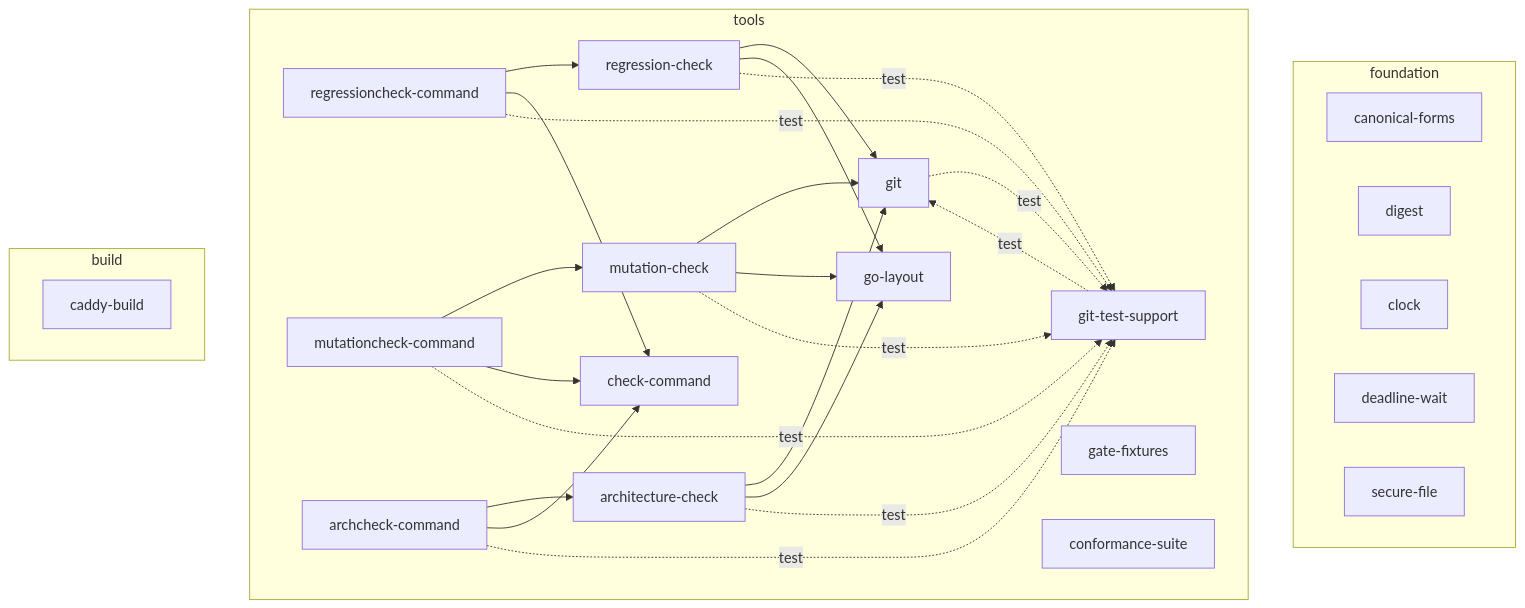
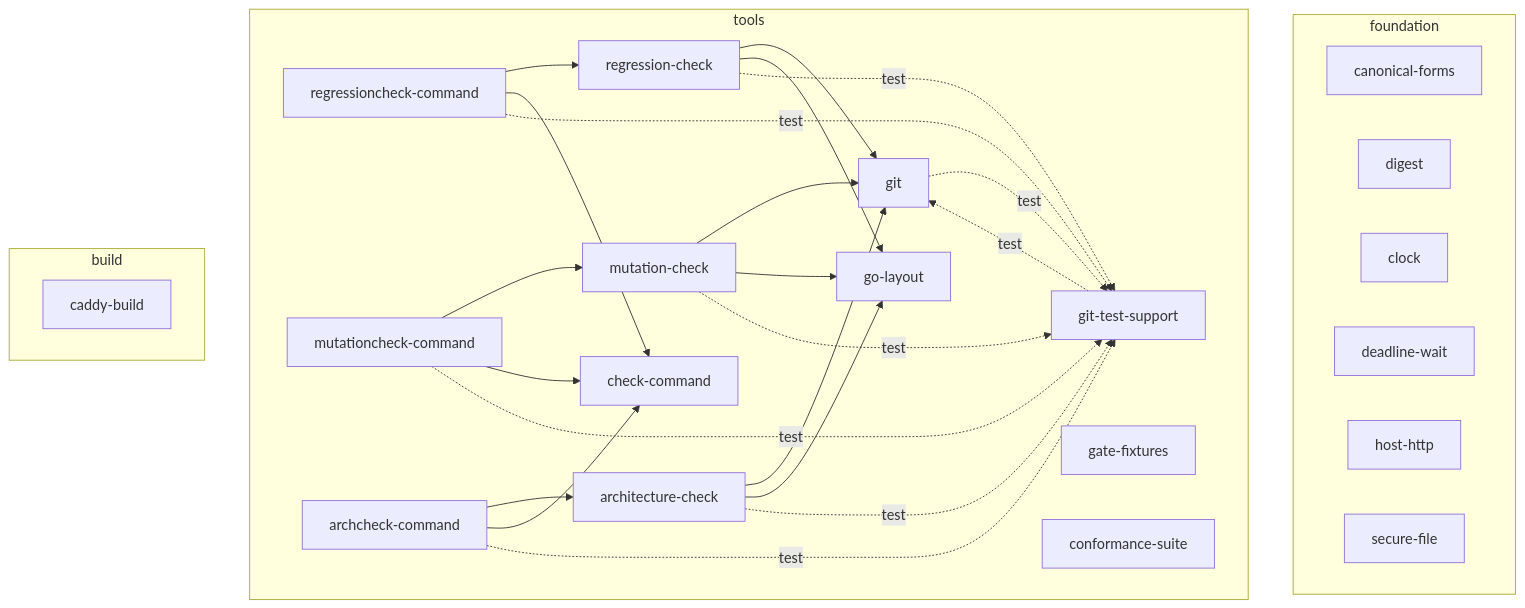
The diagram in docs/architecture/go-architecture.md (OpenRAE/lilrae), drawn with Mermaid before and after one commit. The commit also changed 15 other files, not shown here.

Commit message:
feat(go): add bounded host HTTP client

````diff
--- a/docs/architecture/go-architecture.md
+++ b/docs/architecture/go-architecture.md
@@ -17,47 +17,48 @@
 ```mermaid
 flowchart TB
     subgraph layer_foundation[foundation]
         component_canonical_forms[canonical-forms]
         component_digest[digest]
         component_clock[clock]
         component_deadline_wait[deadline-wait]
+        component_host_http[host-http]
         component_secure_file[secure-file]
     end
     subgraph layer_tools[tools]
         component_regressioncheck_command[regressioncheck-command]
         component_mutationcheck_command[mutationcheck-command]
         component_archcheck_command[archcheck-command]
         component_regression_check[regression-check]
         component_mutation_check[mutation-check]
         component_architecture_check[architecture-check]
         component_check_command[check-command]
         component_go_layout[go-layout]
         component_git[git]
         component_git_test_support[git-test-support]
         component_gate_fixtures[gate-fixtures]
         component_conformance_suite[conformance-suite]
     end
     subgraph layer_build[build]
         component_caddy_build[caddy-build]
     end
     component_regressioncheck_command --> component_regression_check
     component_regressioncheck_command --> component_check_command
     component_regressioncheck_command -. test .-> component_git_test_support
     component_mutationcheck_command --> component_mutation_check
     component_mutationcheck_command --> component_check_command
     component_mutationcheck_command -. test .-> component_git_test_support
     component_archcheck_command --> component_architecture_check
     component_archcheck_command --> component_check_command
     component_archcheck_command -. test .-> component_git_test_support
     component_regression_check --> component_git
     component_regression_check --> component_go_layout
     component_regression_check -. test .-> component_git_test_support
     component_mutation_check --> component_git
     component_mutation_check --> component_go_layout
     component_mutation_check -. test .-> component_git_test_support
     component_architecture_check --> component_git
     component_architecture_check --> component_go_layout
     component_architecture_check -. test .-> component_git_test_support
     component_git -. test .-> component_git_test_support
     component_git_test_support -. test .-> component_git
 ```
````
